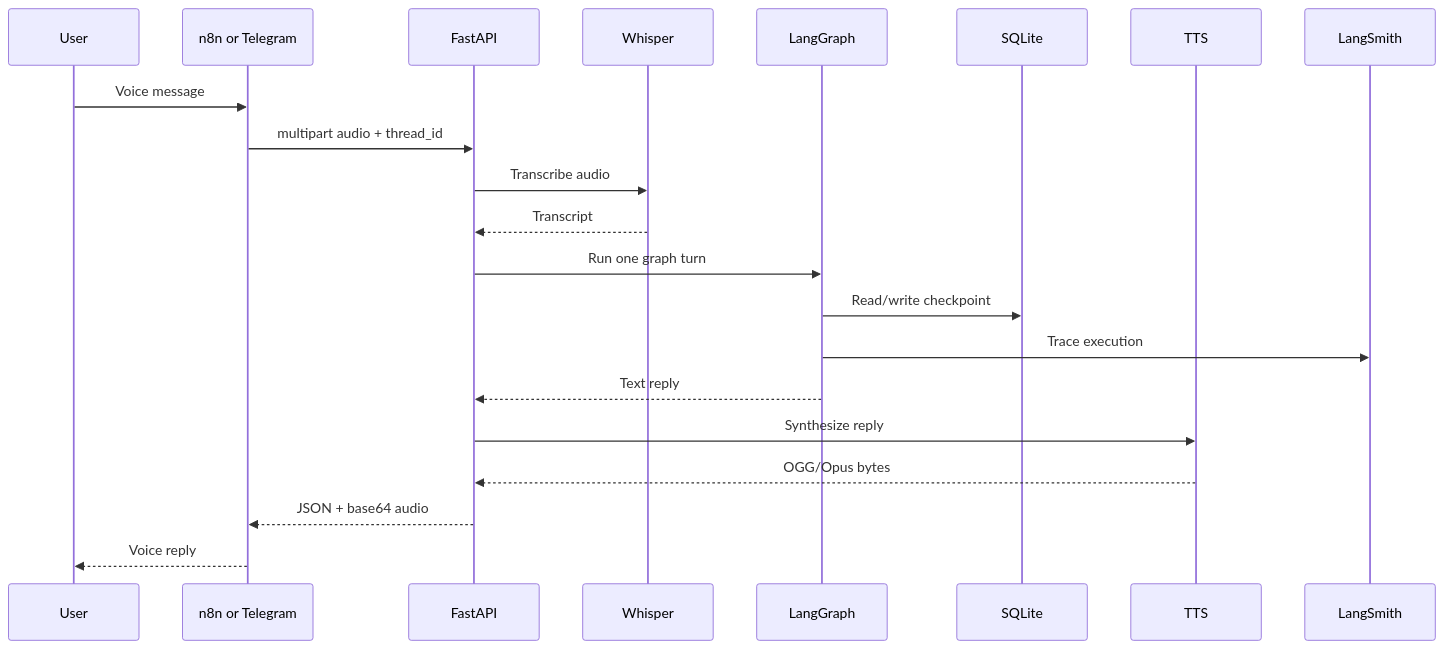
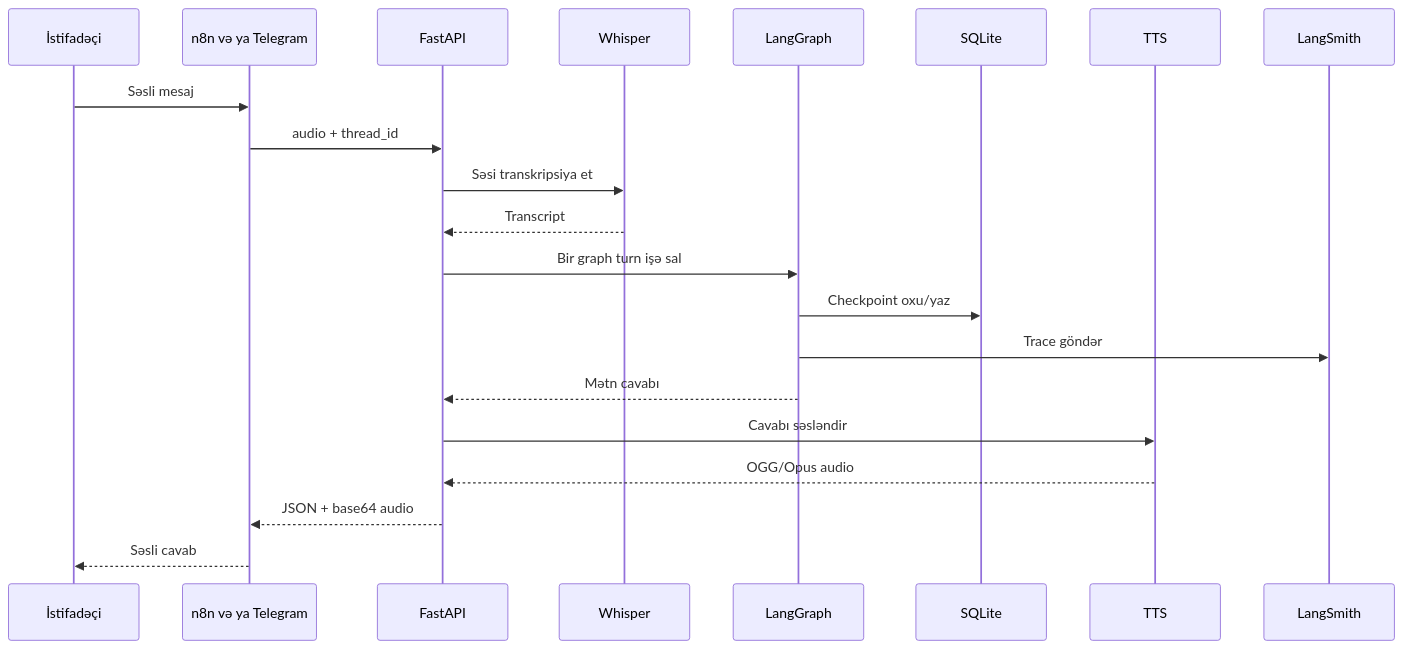
Before and after one commit to AlimAlirzayev/voice-ai-agent: the third of 4 diagrams in README.md, drawn with Mermaid. The commit also changed other lines of this file, not shown here.

````diff
--- a/README.md
+++ b/README.md
@@ -61,24 +61,24 @@
 ```mermaid
 sequenceDiagram
-    participant U as User
-    participant N as n8n or Telegram
+    participant U as İstifadəçi
+    participant N as n8n və ya Telegram
     participant F as FastAPI
     participant W as Whisper
     participant G as LangGraph
     participant DB as SQLite
     participant T as TTS
     participant S as LangSmith
 
-    U->>N: Voice message
-    N->>F: multipart audio + thread_id
-    F->>W: Transcribe audio
+    U->>N: Səsli mesaj
+    N->>F: audio + thread_id
+    F->>W: Səsi transkripsiya et
     W-->>F: Transcript
-    F->>G: Run one graph turn
-    G->>DB: Read/write checkpoint
-    G->>S: Trace execution
-    G-->>F: Text reply
-    F->>T: Synthesize reply
-    T-->>F: OGG/Opus bytes
+    F->>G: Bir graph turn işə sal
+    G->>DB: Checkpoint oxu/yaz
+    G->>S: Trace göndər
+    G-->>F: Mətn cavabı
+    F->>T: Cavabı səsləndir
+    T-->>F: OGG/Opus audio
     F-->>N: JSON + base64 audio
-    N-->>U: Voice reply
+    N-->>U: Səsli cavab
 ```
````
